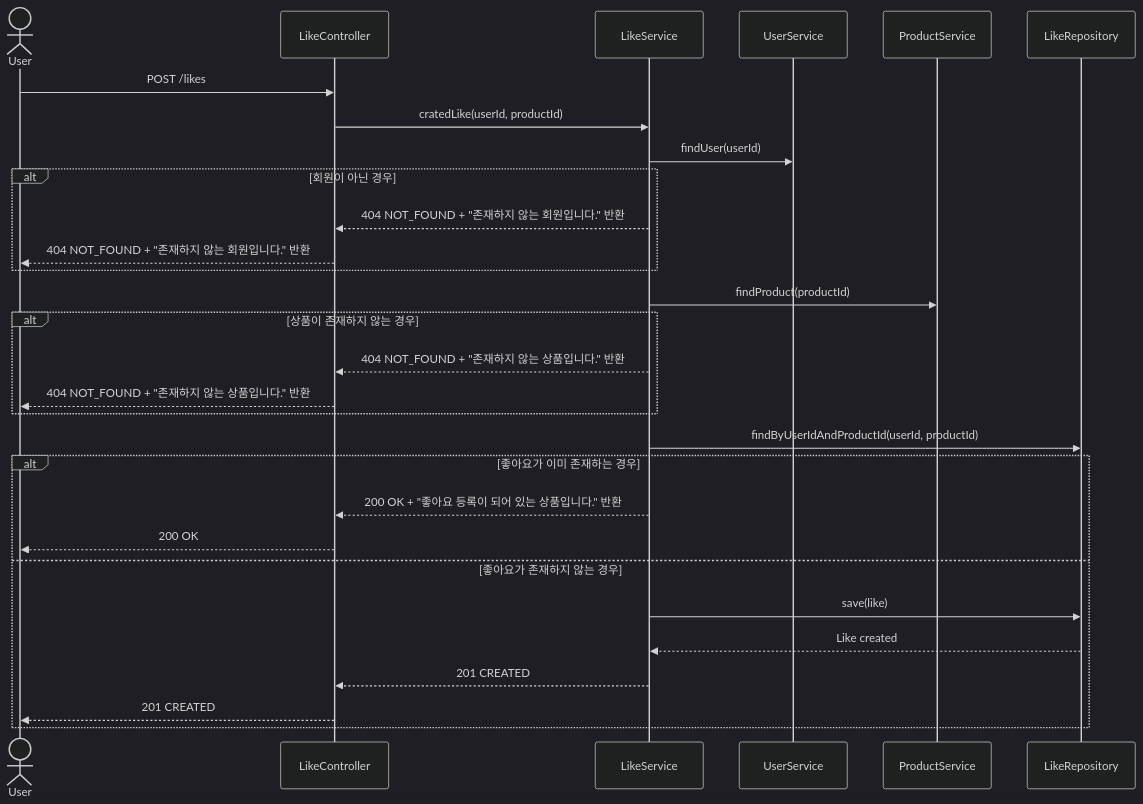
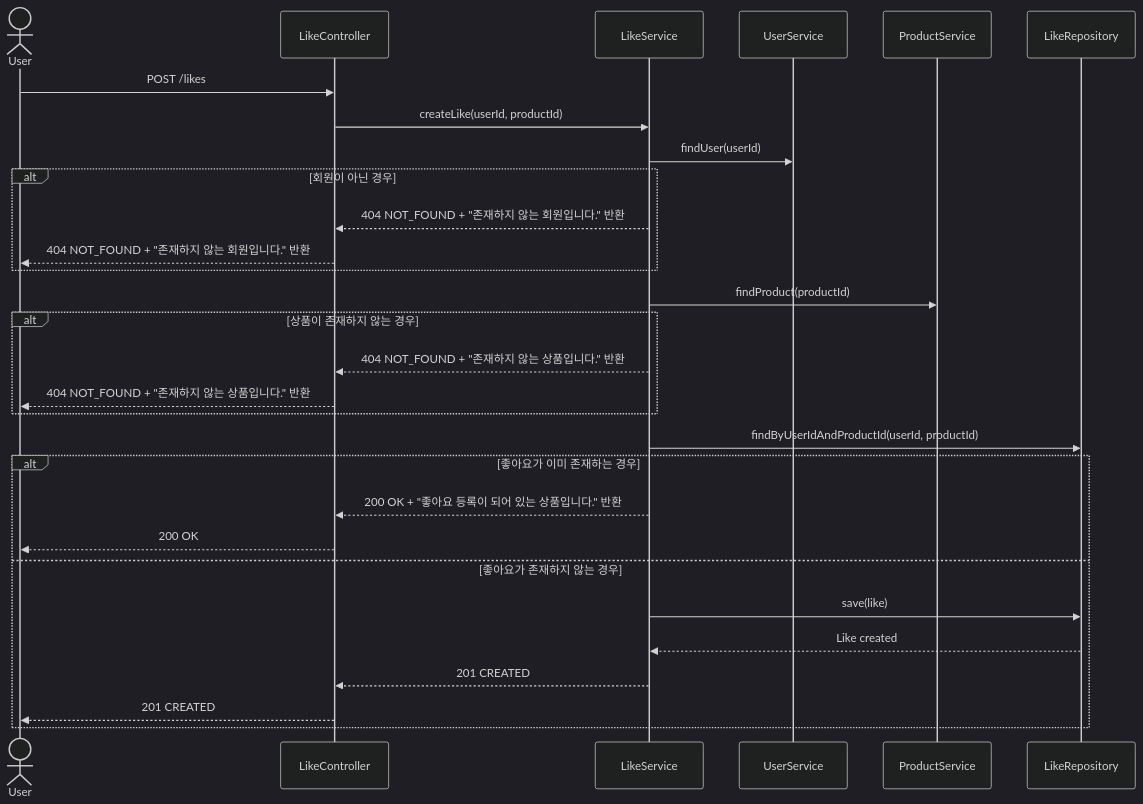
One commit to Loopers-dev-lab/loopers-spring-java-template changed the second of 3 diagrams in docs/design/02-sequence-diagrams.md. Above: the diagram before and after it, drawn with Mermaid (dark theme). The commit also changed other lines of this file and 1 other file, not shown here.

Commit message:
docs: 변수명 수정

````diff
--- a/docs/design/02-sequence-diagrams.md
+++ b/docs/design/02-sequence-diagrams.md
@@ -30,41 +30,41 @@
 ```mermaid
 sequenceDiagram
 	actor User
 	participant LikeController
 	participant LikeService
 	participant UserService
 	participant ProductService
 	participant LikeRepository
 
 	User->>LikeController: POST /likes
-	LikeController->>LikeService: cratedLike(userId, productId)
+	LikeController->>LikeService: createLike(userId, productId)
 	
 	%% 사용자 검증
 	LikeService->>UserService: findUser(userId)
 	alt 회원이 아닌 경우
 			LikeService-->>LikeController: 404 NOT_FOUND + "존재하지 않는 회원입니다." 반환
 			LikeController-->>User: 404 NOT_FOUND + "존재하지 않는 회원입니다." 반환
 			
 	end
 	
 	%% 상품 검증
 	LikeService->>ProductService: findProduct(productId)
 	alt 상품이 존재하지 않는 경우
 			LikeService-->> LikeController: 404 NOT_FOUND + "존재하지 않는 상품입니다." 반환
 			LikeController-->> User: 404 NOT_FOUND + "존재하지 않는 상품입니다." 반환
 	end
 	
 	%% 좋아요 존재 여부 확인
 	LikeService->>LikeRepository: findByUserIdAndProductId(userId, productId)
 	alt 좋아요가 이미 존재하는 경우
 			LikeService-->> LikeController: 200 OK + "좋아요 등록이 되어 있는 상품입니다." 반환
 			LikeController-->> User: 200 OK
 	else 좋아요가 존재하지 않는 경우
 			LikeService->>LikeRepository: save(like)
 			LikeRepository-->>LikeService: Like created
 			LikeService-->>LikeController: 201 CREATED
 			LikeController-->>User: 201 CREATED
 			
 	end
 	
 ```
````
